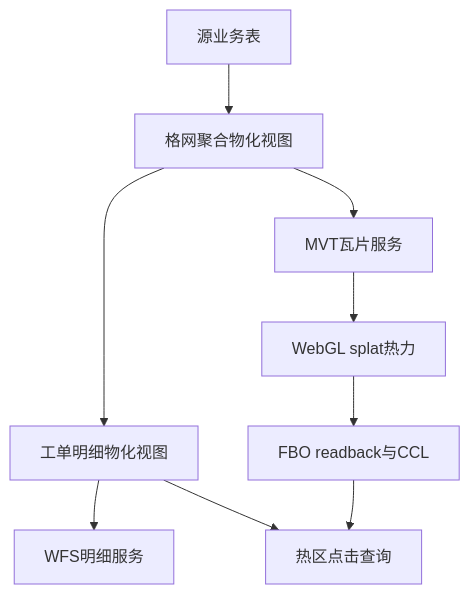
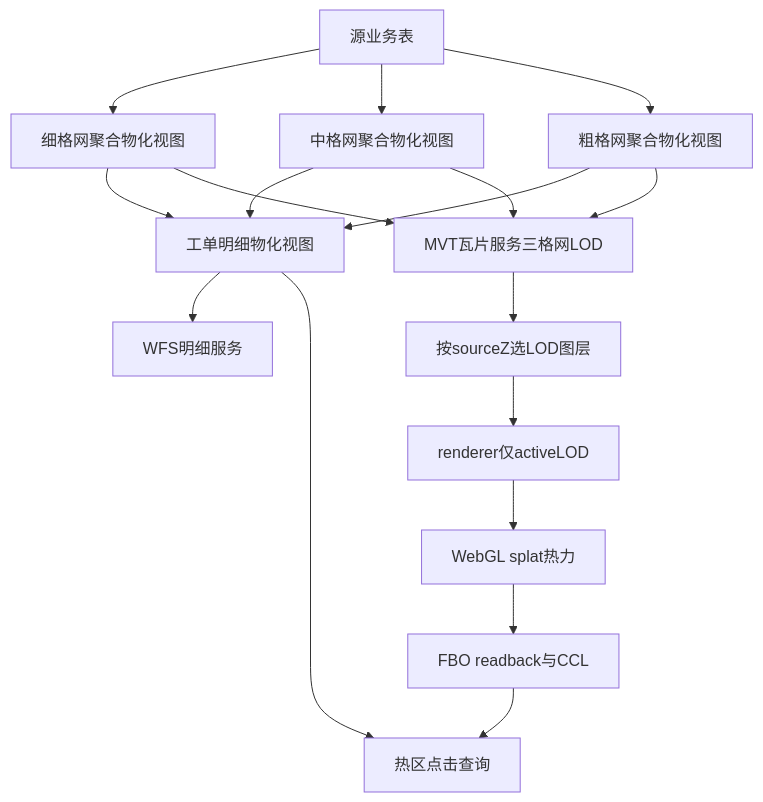
One commit to zheyi420/Dev-Wiki changed the third of 6 diagrams in Blog/mvt-webgl_heatmap-ccl/百万级点数据：MVT + WebGL 热力渲染与 FBO 连通域热区工单统计.md. Above: the diagram before and after it, drawn with Mermaid. The commit also changed other lines of this file and 1 other file, not shown here.

````diff
--- a/Blog/mvt-webgl_heatmap-ccl/百万级点数据：MVT + WebGL 热力渲染与 FBO 连通域热区工单统计.md
+++ b/Blog/mvt-webgl_heatmap-ccl/百万级点数据：MVT + WebGL 热力渲染与 FBO 连通域热区工单统计.md
@@ -103,19 +122,31 @@
 ```mermaid
 flowchart TB
   sourceTable[源业务表]
-  gridMV[格网聚合物化视图]
+  gridMV5[细格网聚合物化视图]
+  gridMV100[中格网聚合物化视图]
+  gridMV300[粗格网聚合物化视图]
   orderMV[工单明细物化视图]
-  mvtService[MVT瓦片服务]
+  mvtService[MVT瓦片服务三格网LOD]
   wfsService[WFS明细服务]
+  lodPick[按sourceZ选LOD图层]
+  rendererFilter[renderer仅activeLOD]
   webglHeat[WebGL splat热力]
   cclPipeline[FBO readback与CCL]
   clickQuery[热区点击查询]
-  sourceTable --> gridMV
-  gridMV --> orderMV
-  gridMV --> mvtService
+  sourceTable --> gridMV5
+  sourceTable --> gridMV100
+  sourceTable --> gridMV300
+  gridMV5 --> orderMV
+  gridMV100 --> orderMV
+  gridMV300 --> orderMV
+  gridMV5 --> mvtService
+  gridMV100 --> mvtService
+  gridMV300 --> mvtService
   orderMV --> wfsService
-  mvtService --> webglHeat
+  mvtService --> lodPick
+  lodPick --> rendererFilter
+  rendererFilter --> webglHeat
   webglHeat --> cclPipeline
   cclPipeline --> clickQuery
   orderMV --> clickQuery
 ```
````
